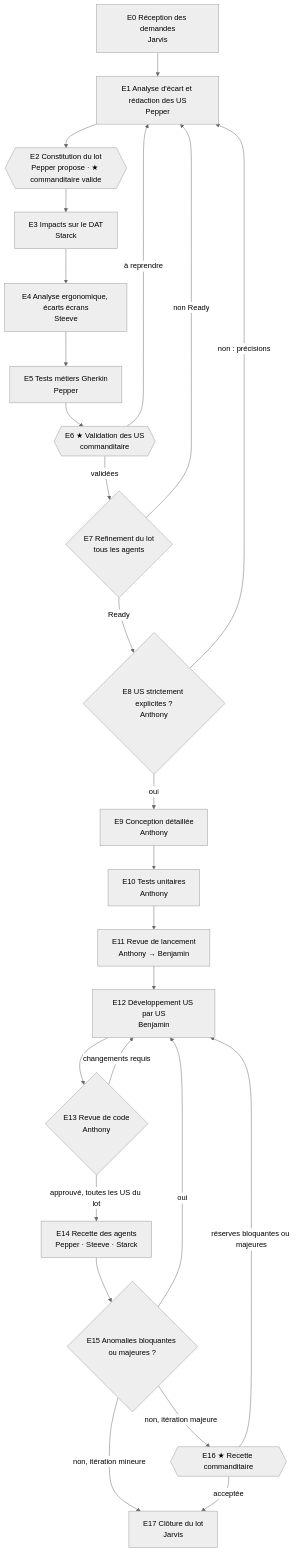
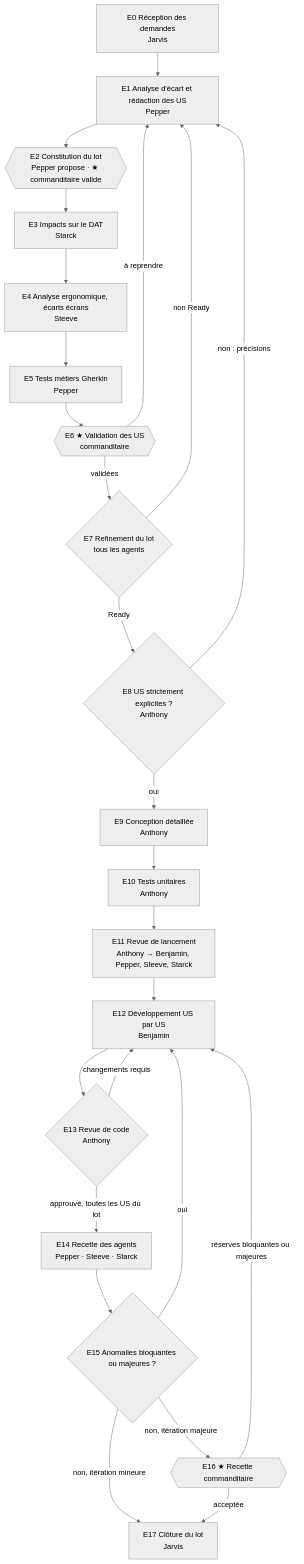
One commit to mathieublandin-create/taskapp changed the diagram in docs/workflow.md. Above: the diagram before and after it, drawn with Mermaid (neutral theme). The commit also changed other lines of this file and 6 other files, not shown here.

First line of the commit message:
Workflow : revue de lancement (E11) élargie à Pepper, Steeve et Starck

````diff
--- a/docs/workflow.md
+++ b/docs/workflow.md
@@ -32,27 +32,27 @@
 ```mermaid
 flowchart TD
     E0[E0 Réception des demandes<br/>Jarvis] --> E1[E1 Analyse d'écart et rédaction des US<br/>Pepper]
     E1 --> E2{{E2 Constitution du lot<br/>Pepper propose · ★ commanditaire valide}}
     E2 --> E3[E3 Impacts sur le DAT<br/>Starck]
     E3 --> E4[E4 Analyse ergonomique, écarts écrans<br/>Steeve]
     E4 --> E5[E5 Tests métiers Gherkin<br/>Pepper]
     E5 --> E6{{E6 ★ Validation des US<br/>commanditaire}}
     E6 -- à reprendre --> E1
     E6 -- validées --> E7{E7 Refinement du lot<br/>tous les agents}
     E7 -- non Ready --> E1
     E7 -- Ready --> E8{E8 US strictement explicites ?<br/>Anthony}
     E8 -- non : précisions --> E1
     E8 -- oui --> E9[E9 Conception détaillée<br/>Anthony]
     E9 --> E10[E10 Tests unitaires<br/>Anthony]
-    E10 --> E11[E11 Revue de lancement<br/>Anthony → Benjamin]
+    E10 --> E11[E11 Revue de lancement<br/>Anthony → Benjamin, Pepper, Steeve, Starck]
     E11 --> E12[E12 Développement US par US<br/>Benjamin]
     E12 --> E13{E13 Revue de code<br/>Anthony}
     E13 -- changements requis --> E12
     E13 -- approuvé, toutes les US du lot --> E14[E14 Recette des agents<br/>Pepper · Steeve · Starck]
     E14 --> E15{E15 Anomalies bloquantes ou majeures ?}
     E15 -- oui --> E12
     E15 -- non, itération majeure --> E16{{E16 ★ Recette commanditaire}}
     E15 -- non, itération mineure --> E17[E17 Clôture du lot<br/>Jarvis]
     E16 -- réserves bloquantes ou majeures --> E12
     E16 -- acceptée --> E17
 ```
````
